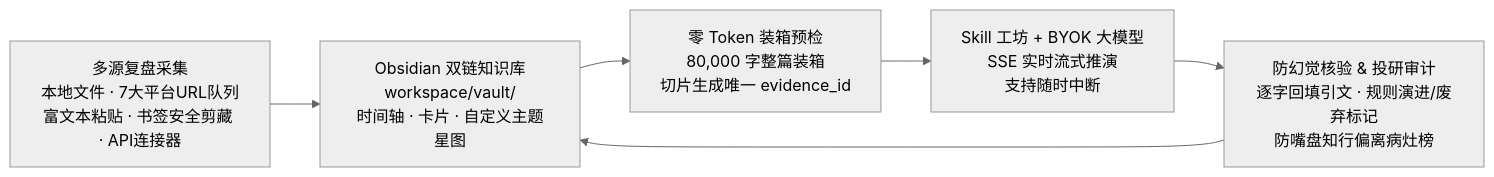
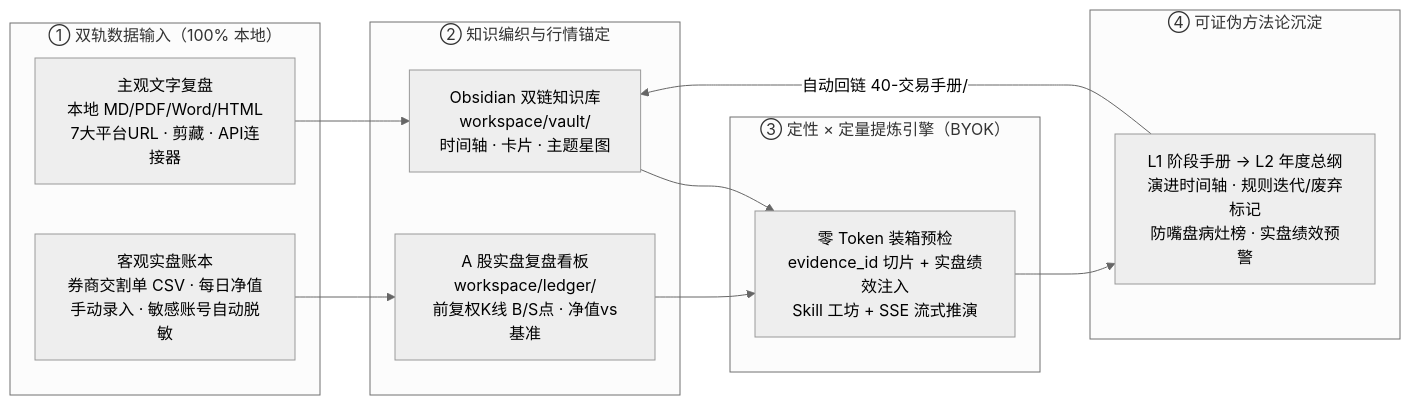
One commit to DYluke97/TradeLoom changed the diagram in README.md. Above: the diagram before and after it, drawn with Mermaid (neutral theme). The commit also changed other lines of this file, not shown here.

Commit message:
docs(readme): overhaul GitHub README for v0.7.0 with A-share ledger, L1-L2 manuals, and portable/agent delivery

````diff
--- a/README.md
+++ b/README.md
@@ -22,8 +45,27 @@
 ```mermaid
 flowchart LR
-  A["多源复盘采集<br/>本地文件 · 7大平台URL队列<br/>富文本粘贴 · 书签安全剪藏 · API连接器"] --> B["Obsidian 双链知识库<br/>workspace/vault/<br/>时间轴 · 卡片 · 自定义主题星图"]
-  B --> C["零 Token 装箱预检<br/>80,000 字整篇装箱<br/>切片生成唯一 evidence_id"]
-  C --> D["Skill 工坊 + BYOK 大模型<br/>SSE 实时流式推演<br/>支持随时中断"]
-  D --> E["防幻觉核验 & 投研审计<br/>逐字回填引文 · 规则演进/废弃标记<br/>防嘴盘知行偏离病灶榜"]
-  E --> B
+  subgraph Input["① 双轨数据输入（100% 本地）"]
+    A1["主观文字复盘<br/>本地 MD/PDF/Word/HTML<br/>7大平台URL · 剪藏 · API连接器"]
+    A2["客观实盘账本<br/>券商交割单 CSV · 每日净值<br/>手动录入 · 敏感账号自动脱敏"]
+  end
+
+  subgraph Core["② 知识编织与行情锚定"]
+    B1["Obsidian 双链知识库<br/>workspace/vault/<br/>时间轴 · 卡片 · 主题星图"]
+    B2["A 股实盘复盘看板<br/>workspace/ledger/<br/>前复权K线 B/S点 · 净值vs基准"]
+  end
+
+  subgraph Engine["③ 定性 × 定量提炼引擎（BYOK）"]
+    C["零 Token 装箱预检<br/>evidence_id 切片 + 实盘绩效注入<br/>Skill 工坊 + SSE 流式推演"]
+  end
+
+  subgraph Output["④ 可证伪方法论沉淀"]
+    D["L1 阶段手册 → L2 年度总纲<br/>演进时间轴 · 规则迭代/废弃标记<br/>防嘴盘病灶榜 · 实盘绩效预警"]
+  end
+
+  A1 --> B1
+  A2 --> B2
+  B1 --> C
+  B2 --> C
+  C --> D
+  D -->|"自动回链 40-交易手册/"| B1
 ```
````
